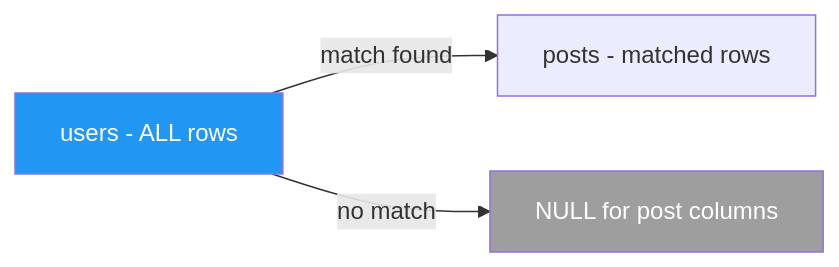
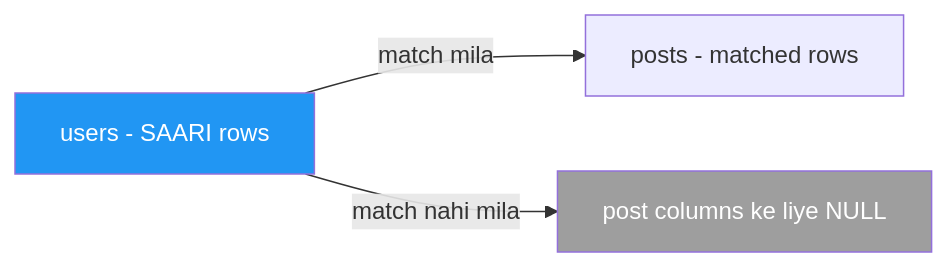
Before and after one commit to Siddesh-Pansare93/dev-notes: the second of 3 diagrams in database-notes/sql/06-joins.md, drawn with Mermaid. The commit also changed other lines of this file and 248 other files, not shown here.

````diff
--- a/database-notes/sql/06-joins.md
+++ b/database-notes/sql/06-joins.md
@@ -148,7 +152,7 @@
 ```mermaid
 graph LR
-    A[users - ALL rows] -->|match found| B[posts - matched rows]
-    A -->|no match| C[NULL for post columns]
+    A[users - SAARI rows] -->|match mila| B[posts - matched rows]
+    A -->|match nahi mila| C[post columns ke liye NULL]
     style A fill:#2196F3,color:#fff
     style C fill:#9E9E9E,color:#fff
 ```
````
